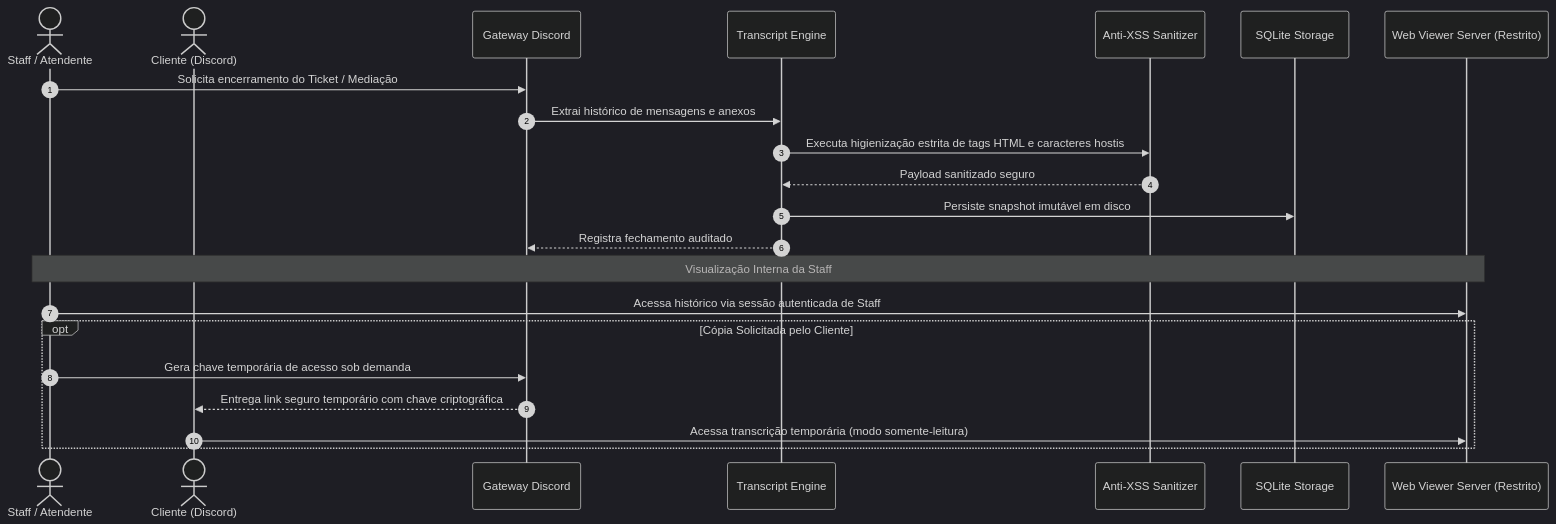
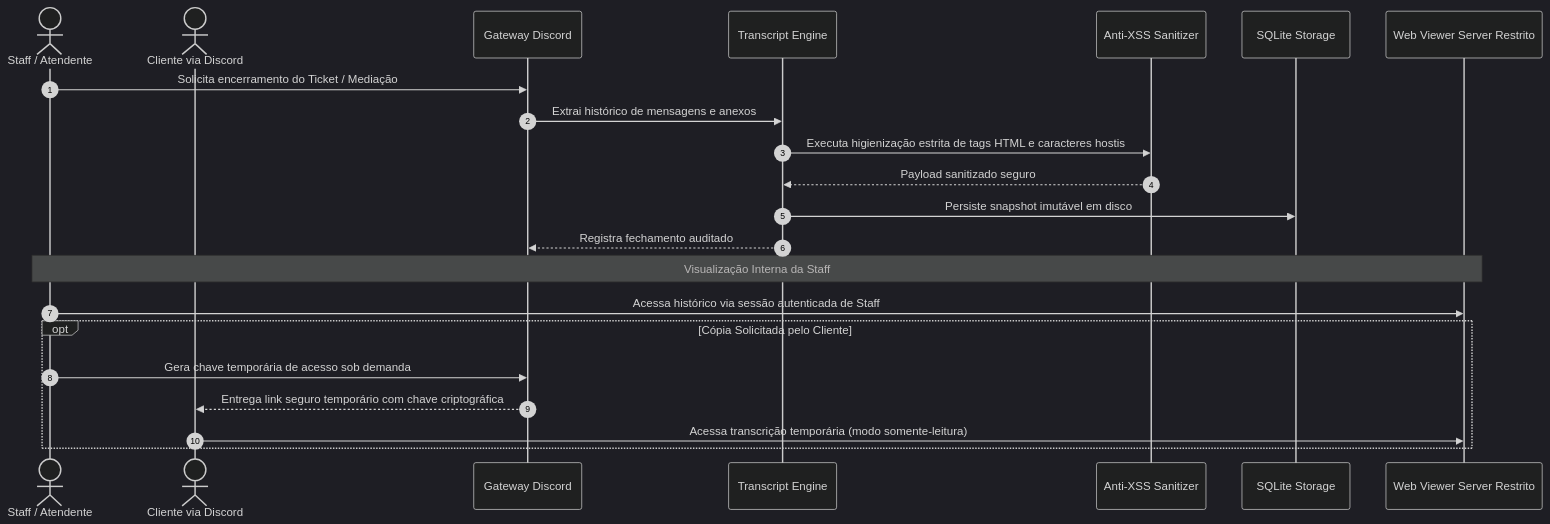
Before and after one commit to HellDevsStudio/hellcore-showcase: the second of 2 diagrams in ARCHITECTURE.md, drawn with Mermaid (dark theme). The commit also changed other lines of this file and 1 other file, not shown here.

Commit message:
fix(docs): quote Mermaid node labels to prevent syntax parse error on parentheses

````diff
--- a/ARCHITECTURE.md
+++ b/ARCHITECTURE.md
@@ -94,25 +94,25 @@
 ```mermaid
 sequenceDiagram
     autonumber
     actor Staff as Staff / Atendente
-    actor Cliente as Cliente (Discord)
+    actor Cliente as Cliente via Discord
     participant Bot as Gateway Discord
     participant Pipeline as Transcript Engine
     participant Sanitizer as Anti-XSS Sanitizer
     participant DB as SQLite Storage
-    participant Web as Web Viewer Server (Restrito)
+    participant Web as Web Viewer Server Restrito
 
     Staff->>Bot: Solicita encerramento do Ticket / Mediação
     Bot->>Pipeline: Extrai histórico de mensagens e anexos
     Pipeline->>Sanitizer: Executa higienização estrita de tags HTML e caracteres hostis
     Sanitizer-->>Pipeline: Payload sanitizado seguro
     Pipeline->>DB: Persiste snapshot imutável em disco
     Pipeline-->>Bot: Registra fechamento auditado
     Note over Staff,Web: Visualização Interna da Staff
     Staff->>Web: Acessa histórico via sessão autenticada de Staff
     opt Cópia Solicitada pelo Cliente
         Staff->>Bot: Gera chave temporária de acesso sob demanda
         Bot-->>Cliente: Entrega link seguro temporário com chave criptográfica
         Cliente->>Web: Acessa transcrição temporária (modo somente-leitura)
     end
 ```
````
